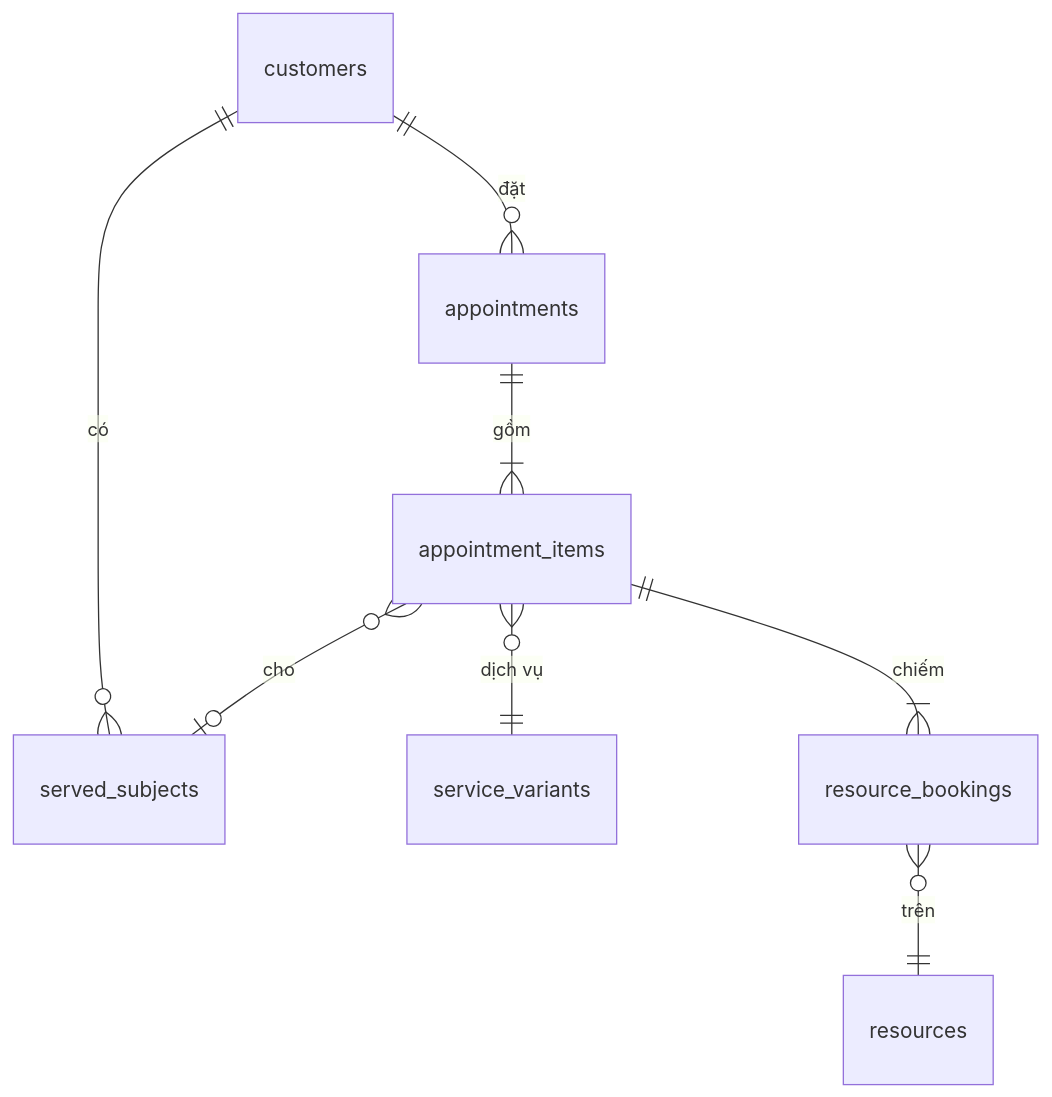
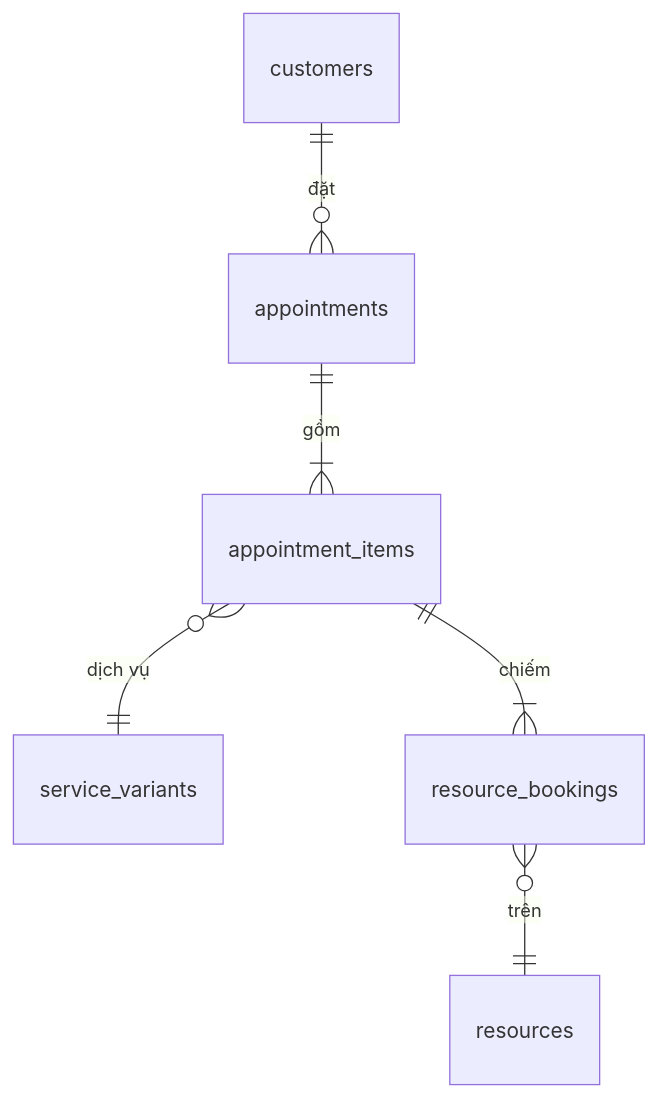
One commit to ngchinhdev/datn-docs changed the third of 3 diagrams in content/docs/architecture/erd.md. Above: the diagram before and after it, drawn with Mermaid. The commit also changed other lines of this file and 23 other files, not shown here.

````diff
--- a/content/docs/architecture/erd.md
+++ b/content/docs/architecture/erd.md
@@ -142,10 +137,8 @@
 ```mermaid
 erDiagram
-  customers ||--o{ served_subjects : "có"
   customers ||--o{ appointments : "đặt"
   appointments ||--|{ appointment_items : "gồm"
   appointment_items }o--|| service_variants : "dịch vụ"
-  appointment_items }o--o| served_subjects : "cho"
   appointment_items ||--|{ resource_bookings : "chiếm"
   resource_bookings }o--|| resources : "trên"
 ```
````
